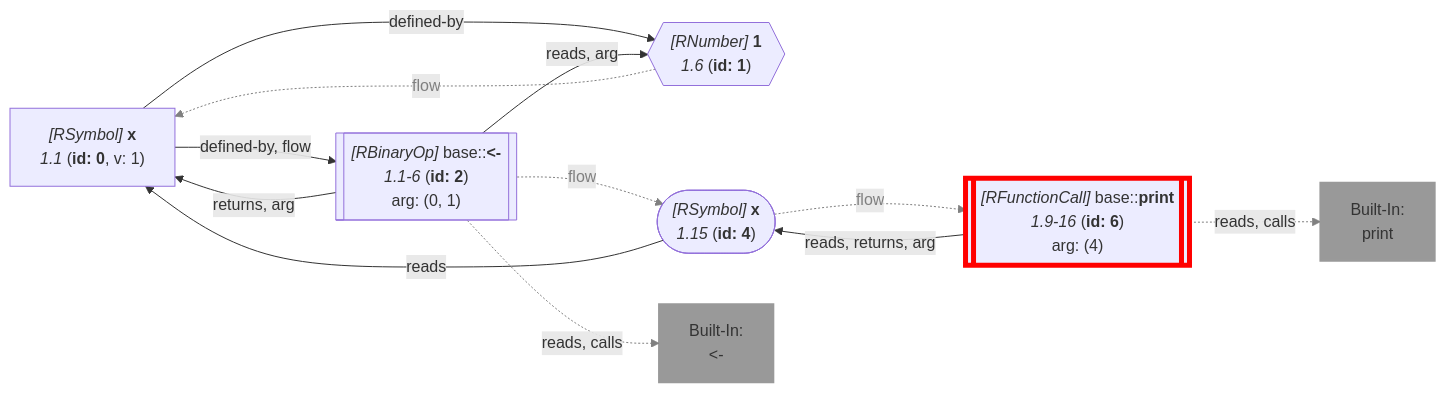
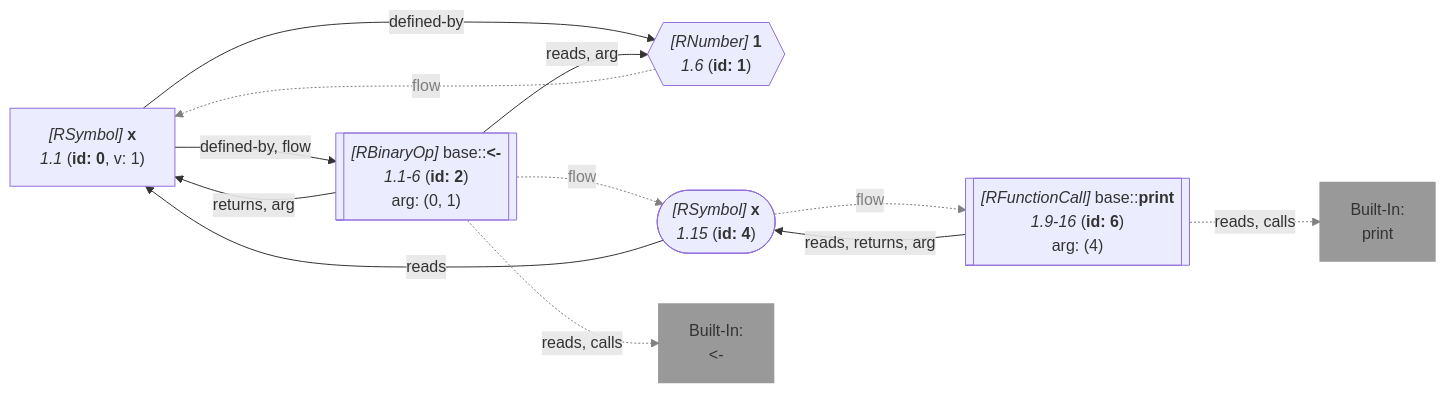
Before and after one commit to flowr-analysis/flowr: the second of 2 diagrams in wiki/Core.md, drawn with Mermaid. The commit also changed other lines of this file and 262 other files, not shown here.

````diff
--- a/wiki/Core.md
+++ b/wiki/Core.md
@@ -348,38 +348,37 @@
 ```mermaid
 flowchart LR
     1{{"`*#91;RNumber#93;* **1**
       *1.6* (**id: 1**)`"}}
     0["`*#91;RSymbol#93;* **x**
       *1.1* (**id: 0**, v: 1)`"]
     2[["`*#91;RBinaryOp#93;* base#58;#58;**#60;#45;**
       *1.1-6* (**id: 2**)
     arg: (0, 1)`"]]
     built-in:_60_-["`Built-In:
 #60;#45;`"]
     style built-in:_60_- stroke:gray,fill:gray,stroke-width:2px,opacity:.8;
     4(["`*#91;RSymbol#93;* **x**
       *1.15* (**id: 4**)`"])
     6[["`*#91;RFunctionCall#93;* base#58;#58;**print**
       *1.9-16* (**id: 6**)
     arg: (4)`"]]
-    style 6 stroke:red,stroke-width:5px; 
     built-in:print["`Built-In:
 print`"]
     style built-in:print stroke:gray,fill:gray,stroke-width:2px,opacity:.8;
     1 -.->|"flow"| 0
     linkStyle 0 stroke:gray,color:gray;
     0 -->|"defined-by, flow"| 2
     0 -->|"defined-by"| 1
     2 -->|"reads, arg"| 1
     2 -->|"returns, arg"| 0
     2 -.->|"reads, calls"| built-in:_60_-
     linkStyle 5 stroke:gray;
     2 -.->|"flow"| 4
     linkStyle 6 stroke:gray,color:gray;
     4 -->|"reads"| 0
     4 -.->|"flow"| 6
     linkStyle 8 stroke:gray,color:gray;
     6 -->|"reads, returns, arg"| 4
     6 -.->|"reads, calls"| built-in:print
     linkStyle 10 stroke:gray;
 ```
````
